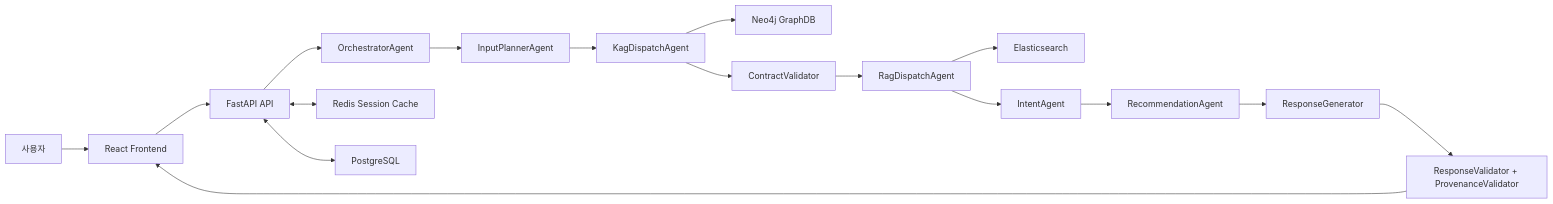
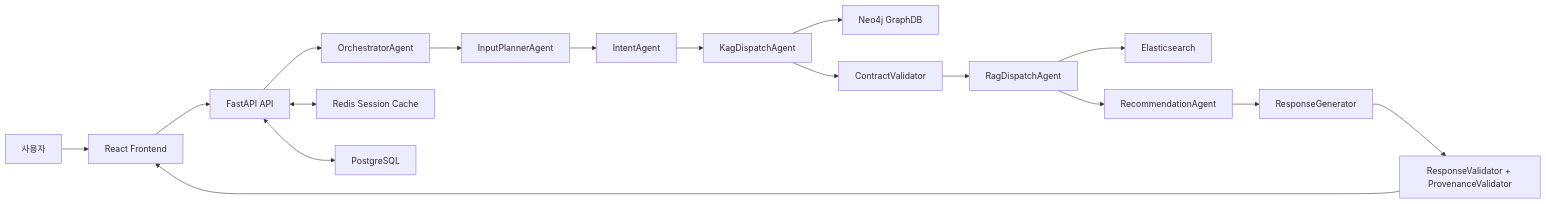
One commit to SKNETWORKS-FAMILY-AICAMP/SKN27-3rd-2TEAM changed the first of 11 diagrams in README.md. Above: the diagram before and after it, drawn with Mermaid. The commit also changed other lines of this file and 13 other files, not shown here.

````diff
--- a/README.md
+++ b/README.md
@@ -18,19 +18,19 @@
 ```mermaid
 flowchart LR
     U["사용자"] --> FE["React Frontend"]
     FE --> API["FastAPI API"]
     API --> ORCH["OrchestratorAgent"]
     ORCH --> IP["InputPlannerAgent"]
-    IP --> KAG["KagDispatchAgent"]
+    IP --> INTENT["IntentAgent"]
+    INTENT --> KAG["KagDispatchAgent"]
     KAG --> NEO["Neo4j GraphDB"]
     KAG --> CV["ContractValidator"]
     CV --> RAG["RagDispatchAgent"]
     RAG --> ES["Elasticsearch"]
-    RAG --> INTENT["IntentAgent"]
-    INTENT --> REC["RecommendationAgent"]
+    RAG --> REC["RecommendationAgent"]
     REC --> GEN["ResponseGenerator"]
     GEN --> VAL["ResponseValidator + ProvenanceValidator"]
     VAL --> FE
     API <--> REDIS["Redis Session Cache"]
     API <--> PG["PostgreSQL"]
 ```
````
